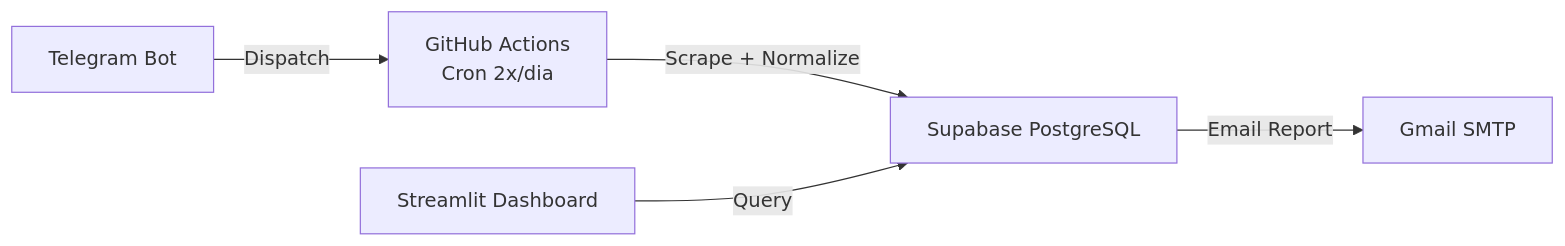
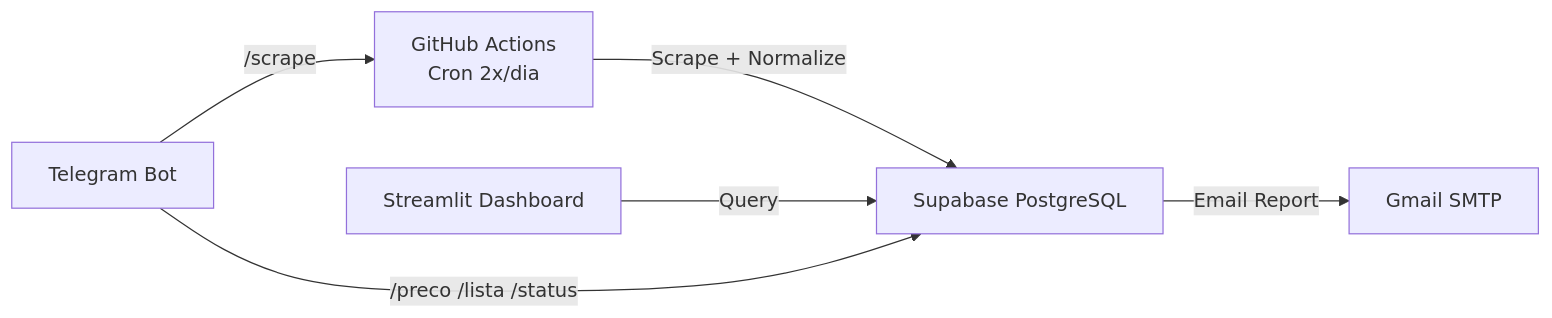
Before and after one commit to ZeroBond85/CustoDoce: the diagram in AGENTS.md, drawn with Mermaid. The commit also changed other lines of this file and 19 other files, not shown here.

````diff
--- a/AGENTS.md
+++ b/AGENTS.md
@@ -19,7 +19,8 @@
 ```mermaid
 graph LR
     GH[GitHub Actions<br/>Cron 2x/dia] -->|Scrape + Normalize| SU[Supabase PostgreSQL]
     ST[Streamlit Dashboard] -->|Query| SU
-    TG[Telegram Bot] -->|Dispatch| GH
+    TG[Telegram Bot] -->|/preco /lista /status| SU
+    TG -->|/scrape| GH
     SU -->|Email Report| GM[Gmail SMTP]
 ```
````
